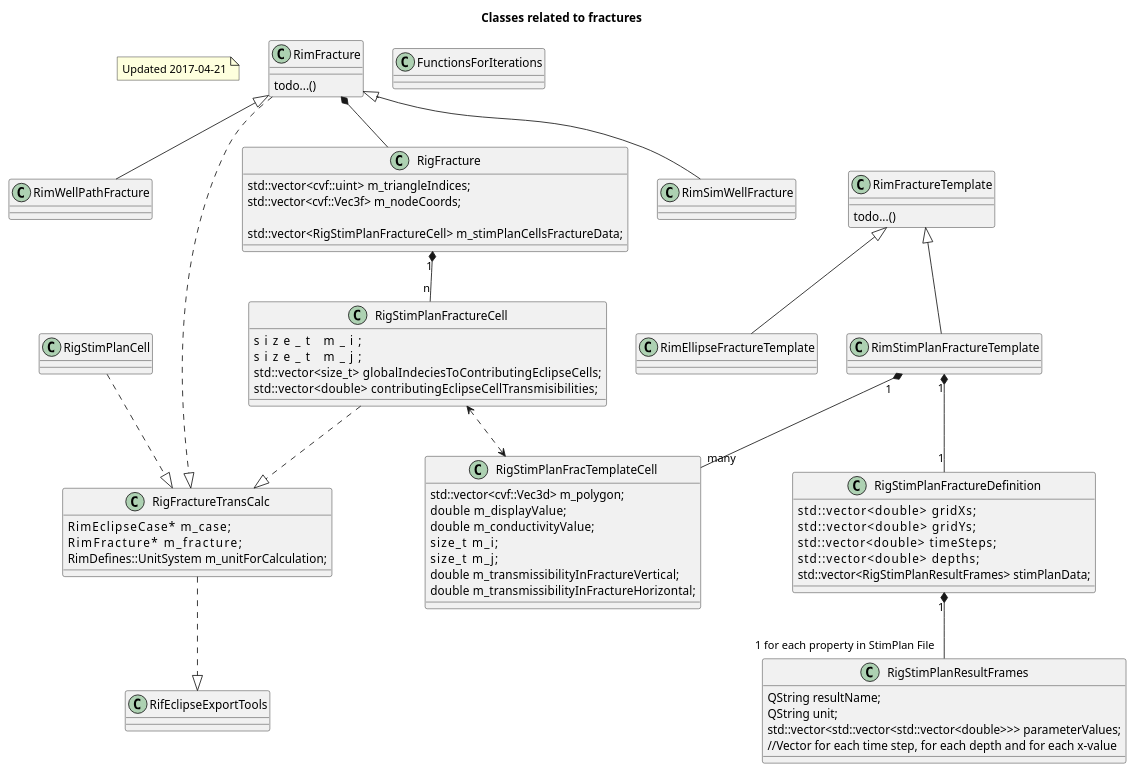
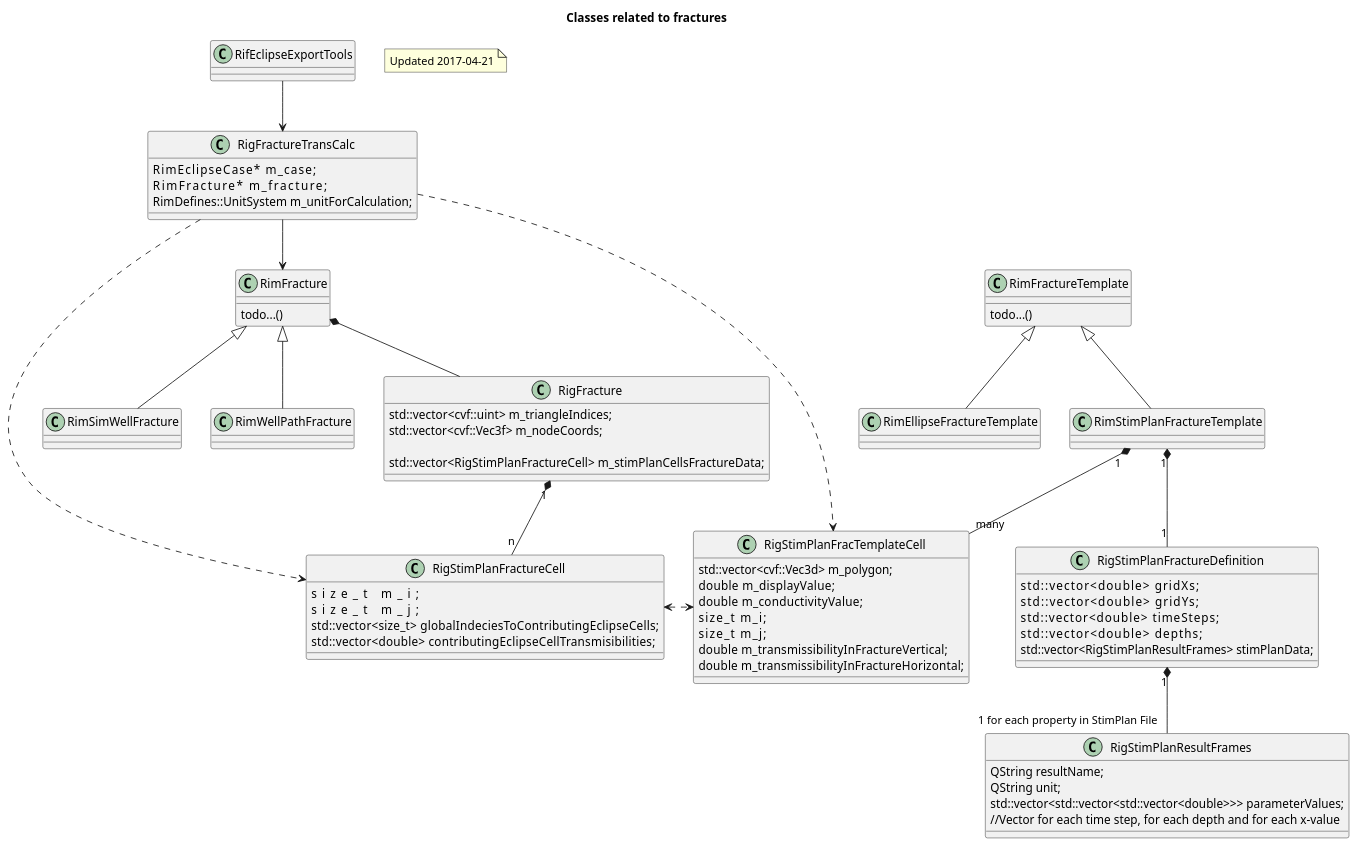
One commit to OPM/ResInsight changed the diagram in doc/fracture_clases.plantuml. Above: the diagram before and after it, drawn with PlantUML.

Commit message:
pre-proto - Updating plantuml

```diff
--- a/doc/fracture_clases.plantuml
+++ b/doc/fracture_clases.plantuml
@@ -1,110 +1,108 @@
 @startuml
 
 Title Classes related to fractures
 
 note as N1
  Updated 2017-04-21
 end note
 
 class RimFracture {
   todo...()
 }
 
 class RimSimWellFracture {
 }
 class RimWellPathFracture {
 }
 
 
 RimFracture <|-- RimSimWellFracture
 RimFracture <|-- RimWellPathFracture
 
 class RigFracture{
     std::vector<cvf::uint>  m_triangleIndices;
     std::vector<cvf::Vec3f> m_nodeCoords;
 
     std::vector<RigStimPlanFractureCell>  m_stimPlanCellsFractureData;
 }
 
 class RigStimPlanFractureCell{
     size_t                  m_i;
     size_t                  m_j;
     std::vector<size_t>     globalIndeciesToContributingEclipseCells;
     std::vector<double>     contributingEclipseCellTransmisibilities;
 }
 
 RimFracture *-- RigFracture
 RigFracture "1" *-- "n" RigStimPlanFractureCell
 
 class RimFractureTemplate {
   todo...()
 }
 
 class RimEllipseFractureTemplate {
 }
 class RimStimPlanFractureTemplate {
 }
 
 
 RimFractureTemplate <|-- RimEllipseFractureTemplate
 RimFractureTemplate <|-- RimStimPlanFractureTemplate
 
 class RigStimPlanFractureDefinition{
     std::vector<double>          gridXs;
     std::vector<double>          gridYs;
     std::vector<double>          timeSteps;
     std::vector<double>          depths;
     std::vector<RigStimPlanResultFrames> stimPlanData;
 
 }
 
 class RigStimPlanFracTemplateCell{
     std::vector<cvf::Vec3d> m_polygon;
     double   m_displayValue;
     double   m_conductivityValue;
     size_t     m_i;
     size_t     m_j;
     double   m_transmissibilityInFractureVertical;
     double   m_transmissibilityInFractureHorizontal;
 
 }
 
 RimStimPlanFractureTemplate "1" *-- "1" RigStimPlanFractureDefinition
 RimStimPlanFractureTemplate "1" *-- "many" RigStimPlanFracTemplateCell
 
-RigStimPlanFractureCell <..> RigStimPlanFracTemplateCell
+RigStimPlanFractureCell <.> RigStimPlanFracTemplateCell
 
 class RigStimPlanResultFrames{
     QString resultName;
     QString unit;
     std::vector<std::vector<std::vector<double>>> parameterValues;
     //Vector for each time step, for each depth and for each x-value
 
 }
 
 RigStimPlanFractureDefinition "1" *-- "1 for each property in StimPlan File" RigStimPlanResultFrames
 
 
 class RigFractureTransCalc{
     RimEclipseCase*         m_case;
     RimFracture*            m_fracture;
     RimDefines::UnitSystem  m_unitForCalculation;
 }
 
-RimFracture ..|> RigFractureTransCalc
-RigStimPlanCell ..|> RigFractureTransCalc
-RigStimPlanFractureCell ..|> RigFractureTransCalc
+RigFractureTransCalc --> RimFracture 
+RigFractureTransCalc ..> RigStimPlanFracTemplateCell
+RigFractureTransCalc ..> RigStimPlanFractureCell
 
 
 class RifEclipseExportTools{
 }
 
-RigFractureTransCalc ..|> RifEclipseExportTools
+RifEclipseExportTools --> RigFractureTransCalc 
 
-class FunctionsForIterations{
 
-}
 
 
 
 @enduml
```
